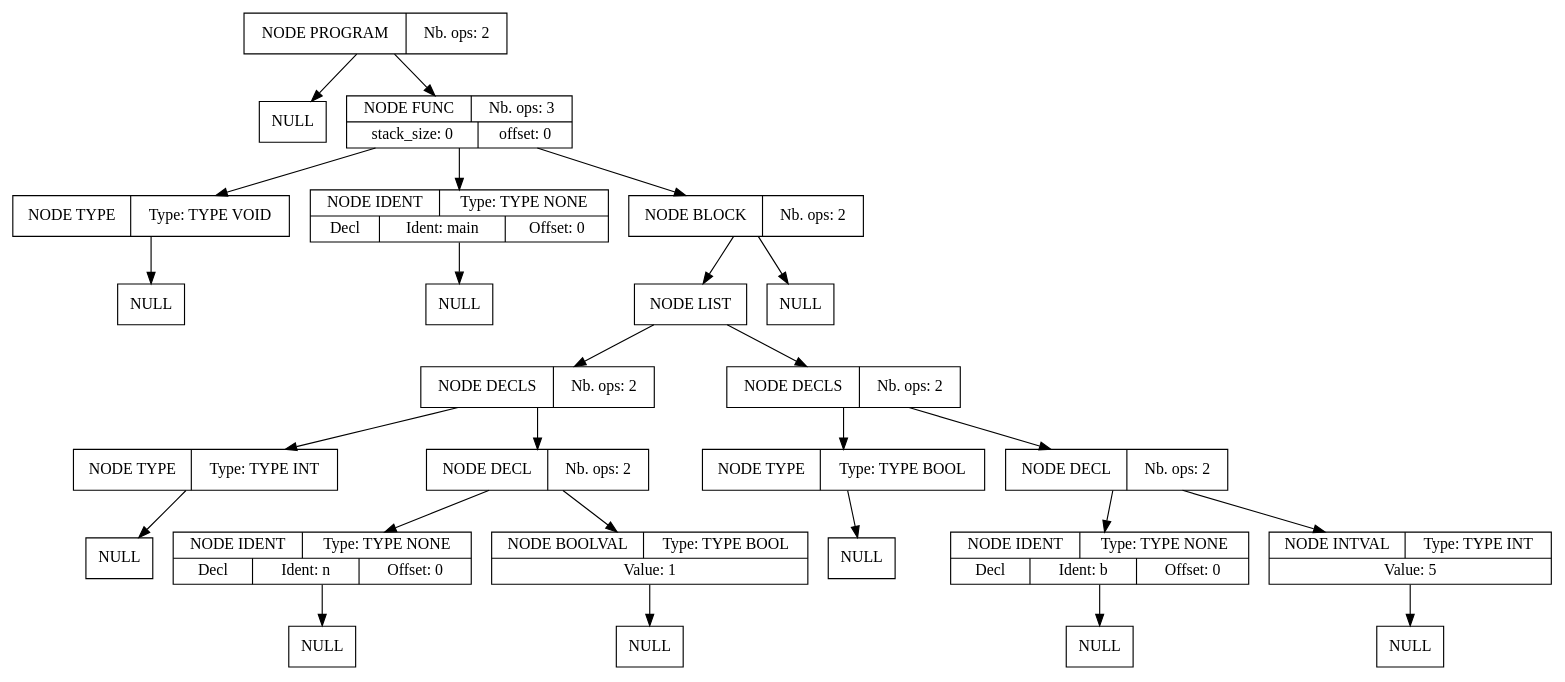
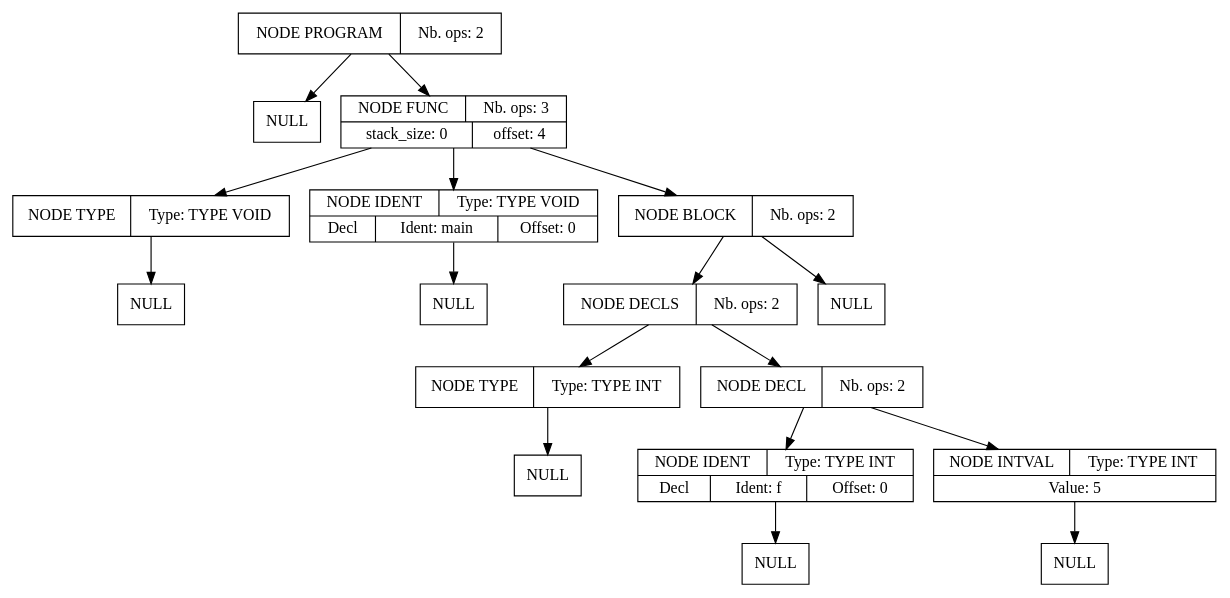
Before and after one commit to Serial-DeV/Compilation: the diagram in projet_compilation_src/src/fichier_dump.dot, drawn with Graphviz. The commit also changed 10 other files, not shown here.

```diff
--- a/projet_compilation_src/src/fichier_dump.dot
+++ b/projet_compilation_src/src/fichier_dump.dot
@@ -1,78 +1,51 @@
 digraph global_vars {
     N1 [shape=record, label="{{NODE PROGRAM|Nb. ops: 2}}"];
     N2 [shape=record, label="{{NULL}}"];
     edge[tailclip=true];
     N1 -> N2
-    N3 [shape=record, label="{{NODE FUNC|Nb. ops: 3}|{stack_size: 0|offset: 0}}"];
+    N3 [shape=record, label="{{NODE FUNC|Nb. ops: 3}|{stack_size: 0|offset: 4}}"];
     N4 [shape=record, label="{{NODE TYPE|Type: TYPE VOID}}"];
     N5 [shape=record, label="{{NULL}}"];
     edge[tailclip=true];
     N4 -> N5
     edge[tailclip=true];
     N3 -> N4
-    N6 [shape=record, label="{{NODE IDENT|Type: TYPE NONE}|{<decl>Decl      |Ident: main|Offset: 0}}"];
+    N6 [shape=record, label="{{NODE IDENT|Type: TYPE VOID}|{<decl>Decl      |Ident: main|Offset: 0}}"];
     N7 [shape=record, label="{{NULL}}"];
     edge[tailclip=true];
     N6 -> N7
     edge[tailclip=true];
     N3 -> N6
     N8 [shape=record, label="{{NODE BLOCK|Nb. ops: 2}}"];
-    N9 [shape=record, label="{{NODE LIST}}"];
-    N10 [shape=record, label="{{NODE DECLS|Nb. ops: 2}}"];
-    N11 [shape=record, label="{{NODE TYPE|Type: TYPE INT}}"];
-    N12 [shape=record, label="{{NULL}}"];
-    edge[tailclip=true];
-    N11 -> N12
+    N9 [shape=record, label="{{NODE DECLS|Nb. ops: 2}}"];
+    N10 [shape=record, label="{{NODE TYPE|Type: TYPE INT}}"];
+    N11 [shape=record, label="{{NULL}}"];
     edge[tailclip=true];
     N10 -> N11
-    N13 [shape=record, label="{{NODE DECL|Nb. ops: 2}}"];
-    N14 [shape=record, label="{{NODE IDENT|Type: TYPE NONE}|{<decl>Decl      |Ident: n|Offset: 0}}"];
-    N15 [shape=record, label="{{NULL}}"];
     edge[tailclip=true];
-    N14 -> N15
+    N9 -> N10
+    N12 [shape=record, label="{{NODE DECL|Nb. ops: 2}}"];
+    N13 [shape=record, label="{{NODE IDENT|Type: TYPE INT}|{<decl>Decl      |Ident: f|Offset: 0}}"];
+    N14 [shape=record, label="{{NULL}}"];
     edge[tailclip=true];
     N13 -> N14
-    N16 [shape=record, label="{{NODE BOOLVAL|Type: TYPE BOOL}|{Value: 1}}"];
+    edge[tailclip=true];
+    N12 -> N13
+    N15 [shape=record, label="{{NODE INTVAL|Type: TYPE INT}|{Value: 5}}"];
+    N16 [shape=record, label="{{NULL}}"];
+    edge[tailclip=true];
+    N15 -> N16
+    edge[tailclip=true];
+    N12 -> N15
+    edge[tailclip=true];
+    N9 -> N12
+    edge[tailclip=true];
+    N8 -> N9
     N17 [shape=record, label="{{NULL}}"];
     edge[tailclip=true];
-    N16 -> N17
-    edge[tailclip=true];
-    N13 -> N16
-    edge[tailclip=true];
-    N10 -> N13
-    edge[tailclip=true];
-    N9 -> N10
-    N18 [shape=record, label="{{NODE DECLS|Nb. ops: 2}}"];
-    N19 [shape=record, label="{{NODE TYPE|Type: TYPE BOOL}}"];
-    N20 [shape=record, label="{{NULL}}"];
-    edge[tailclip=true];
-    N19 -> N20
-    edge[tailclip=true];
-    N18 -> N19
-    N21 [shape=record, label="{{NODE DECL|Nb. ops: 2}}"];
-    N22 [shape=record, label="{{NODE IDENT|Type: TYPE NONE}|{<decl>Decl      |Ident: b|Offset: 0}}"];
-    N23 [shape=record, label="{{NULL}}"];
-    edge[tailclip=true];
-    N22 -> N23
-    edge[tailclip=true];
-    N21 -> N22
-    N24 [shape=record, label="{{NODE INTVAL|Type: TYPE INT}|{Value: 5}}"];
-    N25 [shape=record, label="{{NULL}}"];
-    edge[tailclip=true];
-    N24 -> N25
-    edge[tailclip=true];
-    N21 -> N24
-    edge[tailclip=true];
-    N18 -> N21
-    edge[tailclip=true];
-    N9 -> N18
-    edge[tailclip=true];
-    N8 -> N9
-    N26 [shape=record, label="{{NULL}}"];
-    edge[tailclip=true];
-    N8 -> N26
+    N8 -> N17
     edge[tailclip=true];
     N3 -> N8
     edge[tailclip=true];
     N1 -> N3
 }
```
